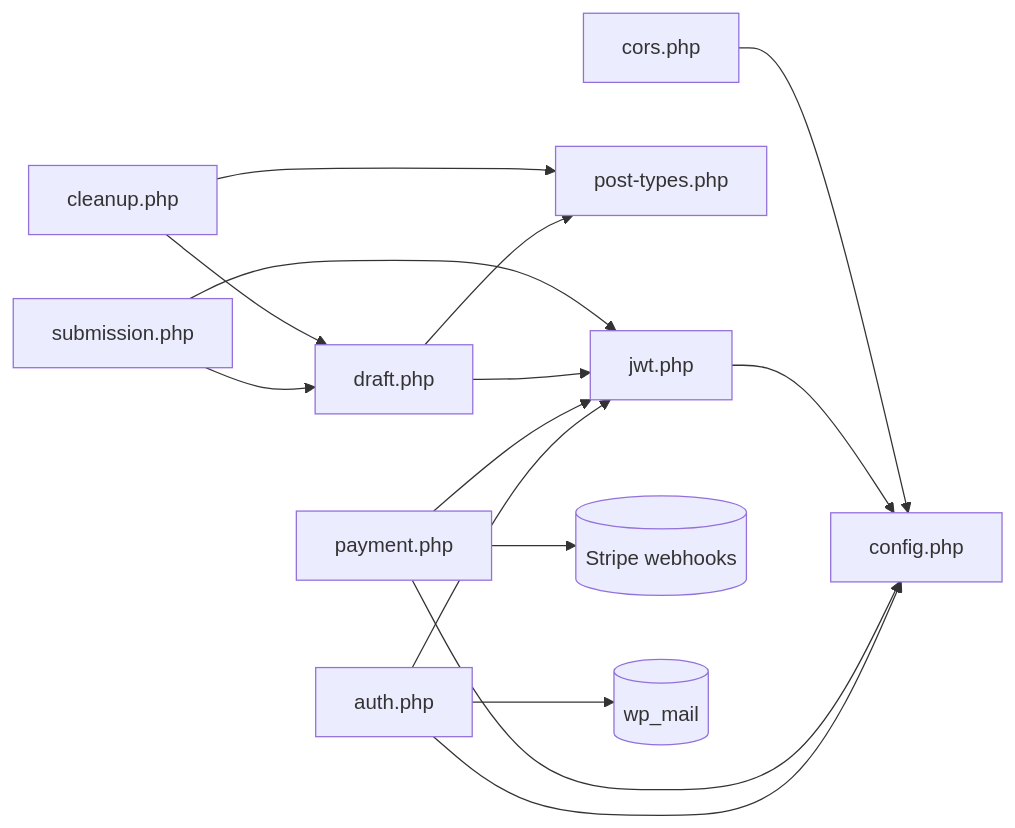
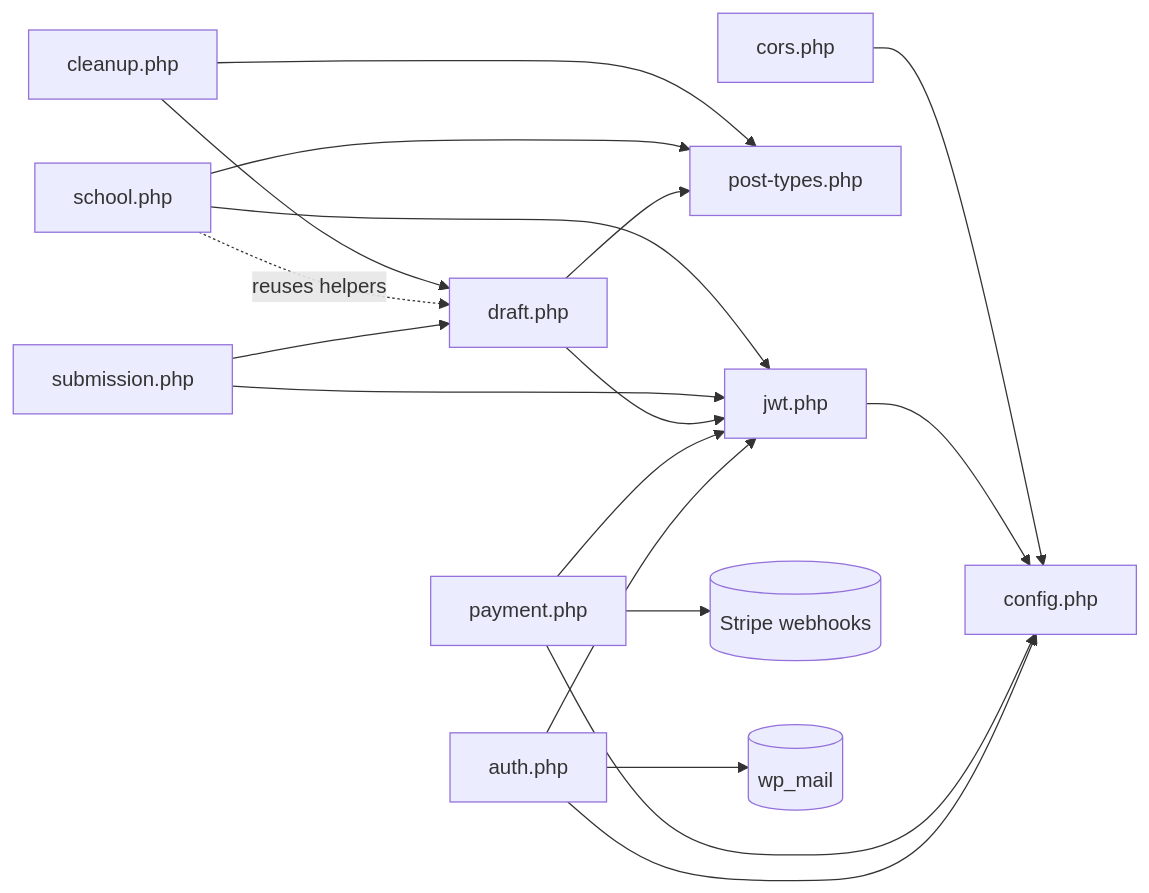
One commit to huuaho/umg-headless changed the diagram in docs/codebase/plugin/umg-photo-contest/includes/README.md. Above: the diagram before and after it, drawn with Mermaid. The commit also changed other lines of this file and 7 other files, not shown here.

````diff
--- a/docs/codebase/plugin/umg-photo-contest/includes/README.md
+++ b/docs/codebase/plugin/umg-photo-contest/includes/README.md
@@ -19,17 +20,20 @@
 ```mermaid
 graph LR
   auth[auth.php] --> jwt[jwt.php]
   auth --> config[config.php]
   payment[payment.php] --> jwt
   payment --> config
   draft[draft.php] --> jwt
   draft --> cpt[post-types.php]
   submission[submission.php] --> jwt
   submission --> draft
+  school[school.php] --> jwt
+  school --> cpt
+  school -.reuses helpers.-> draft
   cleanup[cleanup.php] --> draft
   cleanup --> cpt
   jwt --> config
   cors[cors.php] --> config
   payment --> stripe[(Stripe webhooks)]
   auth --> mail[(wp_mail)]
 ```
````
